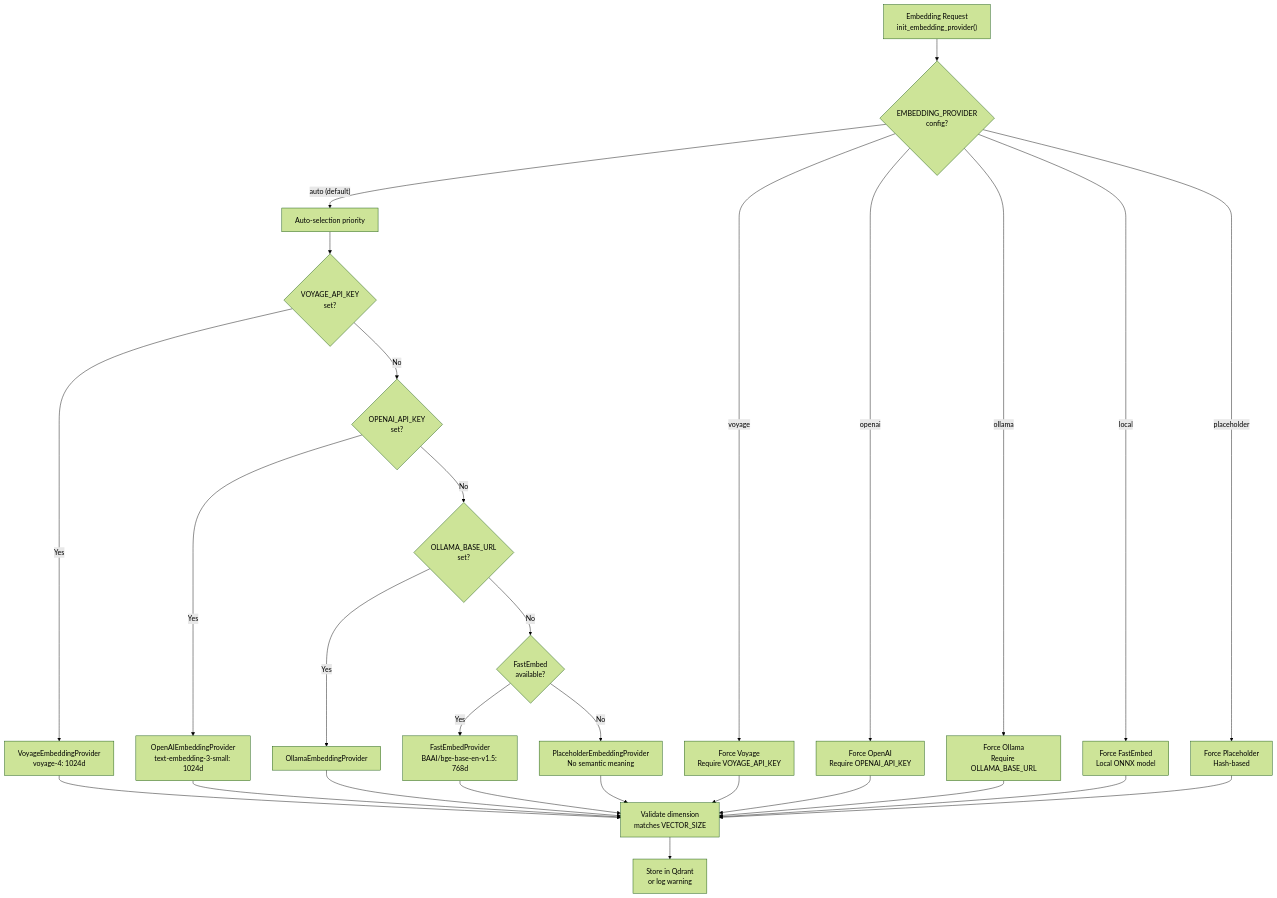
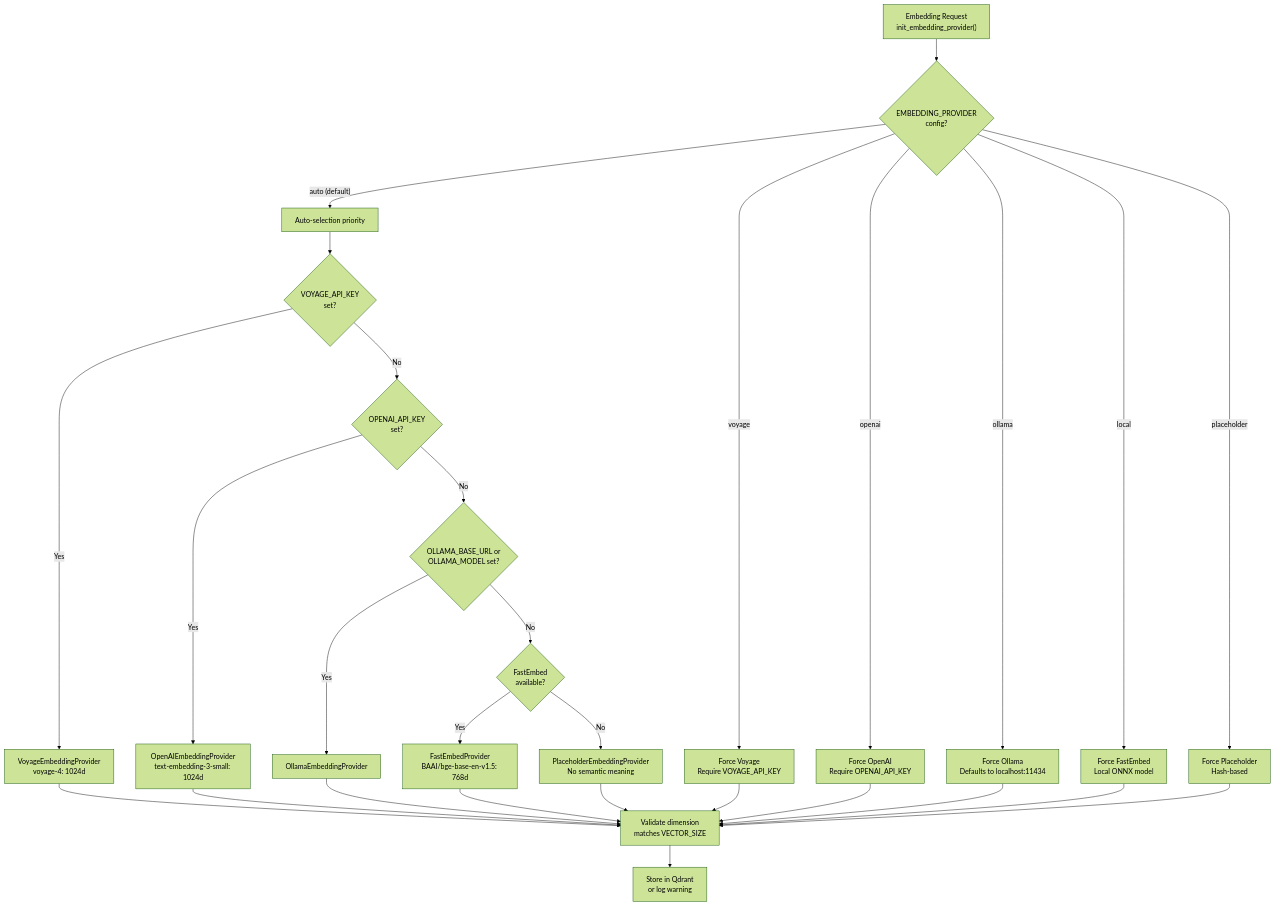
One commit to verygoodplugins/automem-website changed the sixth of 6 diagrams in src/content/docs/docs/operations/troubleshooting.md. Above: the diagram before and after it, drawn with Mermaid (forest theme). The commit also changed other lines of this file, not shown here.

Commit message:
docs: correct Ollama auto-selection gate condition
Codex review caught that the Ollama embedding-provider fix in this PR
was itself wrong: auto-selection triggers on OLLAMA_BASE_URL OR
OLLAMA_MODEL (not just OLLAMA_BASE_URL), and explicit ollama mode
defaults to http://localhost:11434 when OLLAMA_BASE_URL is unset — so
no key/URL is strictly required.

Verified against: automem@3ae04bf6f4545f38744e4c3f280b763db881a6fb
(automem/embedding/provider_init.py:159-160, 218-220)

````diff
--- a/src/content/docs/docs/operations/troubleshooting.md
+++ b/src/content/docs/docs/operations/troubleshooting.md
@@ -403,40 +403,40 @@
 ```mermaid
 flowchart TD
     Request["Embedding Request<br/>init_embedding_provider()"]
 
     Request --> CheckConfig{"EMBEDDING_PROVIDER<br/>config?"}
 
     CheckConfig -->|"auto (default)"| Priority["Auto-selection priority"]
     CheckConfig -->|"voyage"| ForceVoyage["Force Voyage<br/>Require VOYAGE_API_KEY"]
     CheckConfig -->|"openai"| ForceOpenAI["Force OpenAI<br/>Require OPENAI_API_KEY"]
-    CheckConfig -->|"ollama"| ForceOllama["Force Ollama<br/>Require OLLAMA_BASE_URL"]
+    CheckConfig -->|"ollama"| ForceOllama["Force Ollama<br/>Defaults to localhost:11434"]
     CheckConfig -->|"local"| ForceLocal["Force FastEmbed<br/>Local ONNX model"]
     CheckConfig -->|"placeholder"| ForcePlaceholder["Force Placeholder<br/>Hash-based"]
 
     Priority --> Try1{"VOYAGE_API_KEY<br/>set?"}
     Try1 -->|Yes| Voyage["VoyageEmbeddingProvider<br/>voyage-4: 1024d"]
     Try1 -->|No| Try2{"OPENAI_API_KEY<br/>set?"}
 
     Try2 -->|Yes| OpenAI["OpenAIEmbeddingProvider<br/>text-embedding-3-small: 1024d"]
-    Try2 -->|No| Try3{"OLLAMA_BASE_URL<br/>set?"}
+    Try2 -->|No| Try3{"OLLAMA_BASE_URL or<br/>OLLAMA_MODEL set?"}
 
     Try3 -->|Yes| Ollama["OllamaEmbeddingProvider"]
     Try3 -->|No| Try4{"FastEmbed<br/>available?"}
 
     Try4 -->|Yes| FastEmbed["FastEmbedProvider<br/>BAAI/bge-base-en-v1.5: 768d"]
     Try4 -->|No| Placeholder["PlaceholderEmbeddingProvider<br/>No semantic meaning"]
 
     Voyage --> Validate["Validate dimension<br/>matches VECTOR_SIZE"]
     OpenAI --> Validate
     Ollama --> Validate
     FastEmbed --> Validate
     Placeholder --> Validate
 
     ForceVoyage --> Validate
     ForceOpenAI --> Validate
     ForceOllama --> Validate
     ForceLocal --> Validate
     ForcePlaceholder --> Validate
 
     Validate --> Store["Store in Qdrant<br/>or log warning"]
 ```
````
